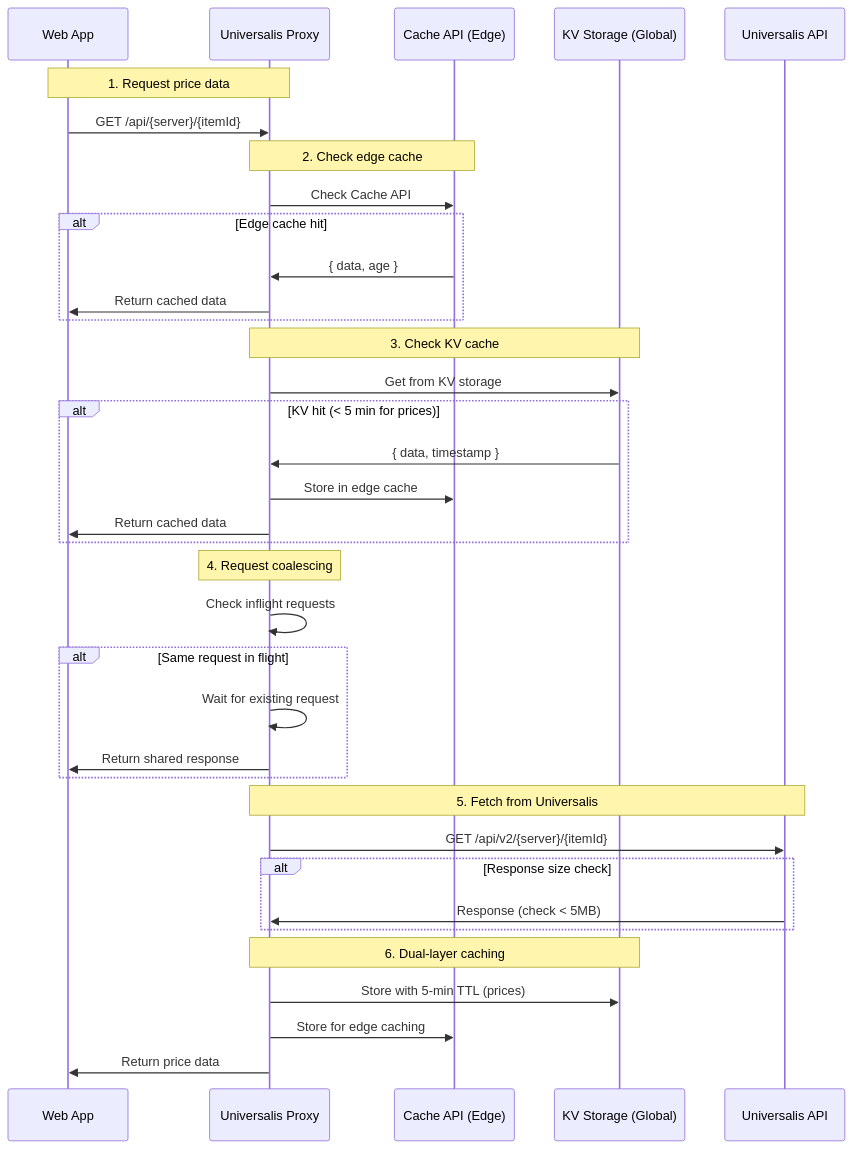
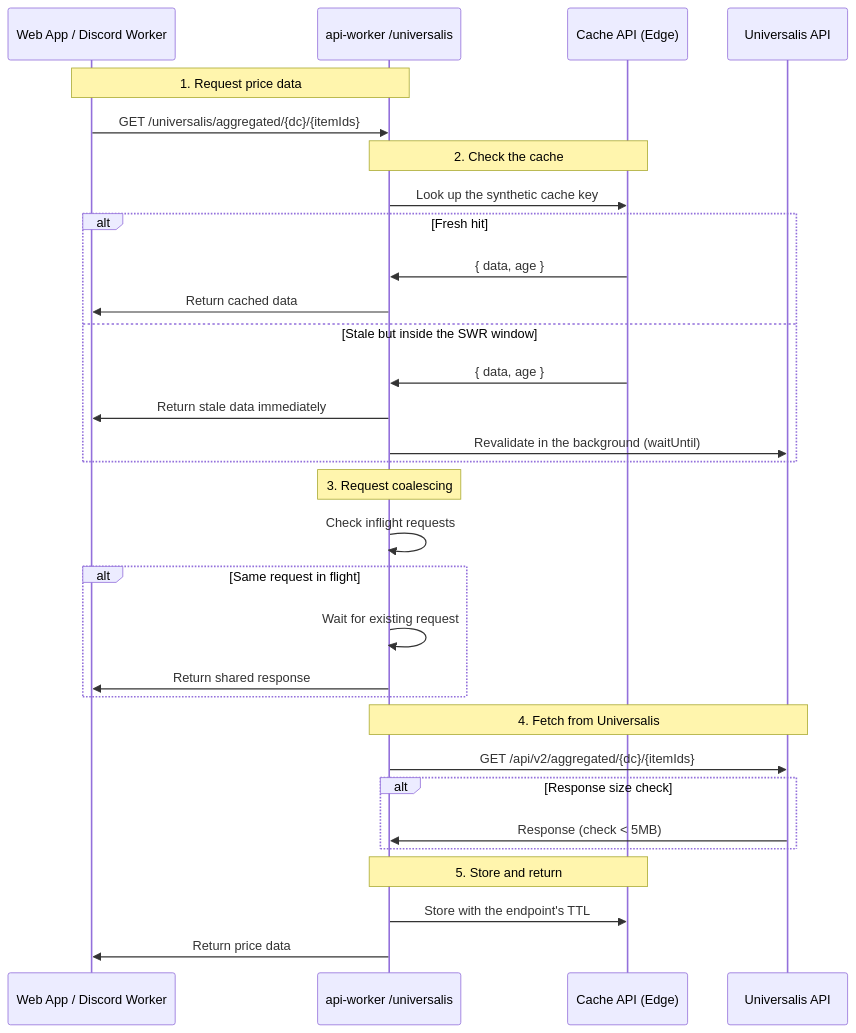
Before and after one commit to FlashGalatine/xivdyetools: the fifth of 6 diagrams in docs/architecture/data-flow.md, drawn with Mermaid. The commit also changed other lines of this file and 206 other files, not shown here.

````diff
--- a/docs/architecture/data-flow.md
+++ b/docs/architecture/data-flow.md
@@ -236,45 +245,39 @@
 ```mermaid
 sequenceDiagram
-    participant Client as Web App
-    participant Proxy as Universalis Proxy
+    participant Client as Web App / Discord Worker
+    participant Proxy as api-worker /universalis
     participant EdgeCache as Cache API (Edge)
-    participant KV as KV Storage (Global)
     participant API as Universalis API
 
     Note over Client,Proxy: 1. Request price data
-    Client->>Proxy: GET /api/{server}/{itemId}
+    Client->>Proxy: GET /universalis/aggregated/{dc}/{itemIds}
 
-    Note over Proxy,EdgeCache: 2. Check edge cache
-    Proxy->>EdgeCache: Check Cache API
-    alt Edge cache hit
+    Note over Proxy,EdgeCache: 2. Check the cache
+    Proxy->>EdgeCache: Look up the synthetic cache key
+    alt Fresh hit
         EdgeCache->>Proxy: { data, age }
         Proxy->>Client: Return cached data
+    else Stale but inside the SWR window
+        EdgeCache->>Proxy: { data, age }
+        Proxy->>Client: Return stale data immediately
+        Proxy->>API: Revalidate in the background (waitUntil)
     end
 
-    Note over Proxy,KV: 3. Check KV cache
-    Proxy->>KV: Get from KV storage
-    alt KV hit (< 5 min for prices)
-        KV->>Proxy: { data, timestamp }
-        Proxy->>EdgeCache: Store in edge cache
-        Proxy->>Client: Return cached data
-    end
-
-    Note over Proxy: 4. Request coalescing
+    Note over Proxy: 3. Request coalescing
     Proxy->>Proxy: Check inflight requests
     alt Same request in flight
         Proxy->>Proxy: Wait for existing request
         Proxy->>Client: Return shared response
     end
 
-    Note over Proxy,API: 5. Fetch from Universalis
-    Proxy->>API: GET /api/v2/{server}/{itemId}
+    Note over Proxy,API: 4. Fetch from Universalis
+    Proxy->>API: GET /api/v2/aggregated/{dc}/{itemIds}
 
     alt Response size check
         API->>Proxy: Response (check < 5MB)
     end
 
-    Note over Proxy,KV: 6. Dual-layer caching
-    Proxy->>KV: Store with 5-min TTL (prices)
-    Proxy->>EdgeCache: Store for edge caching
+    Note over Proxy,EdgeCache: 5. Store and return
+    Proxy->>EdgeCache: Store with the endpoint's TTL
     Proxy->>Client: Return price data
 ```
````
